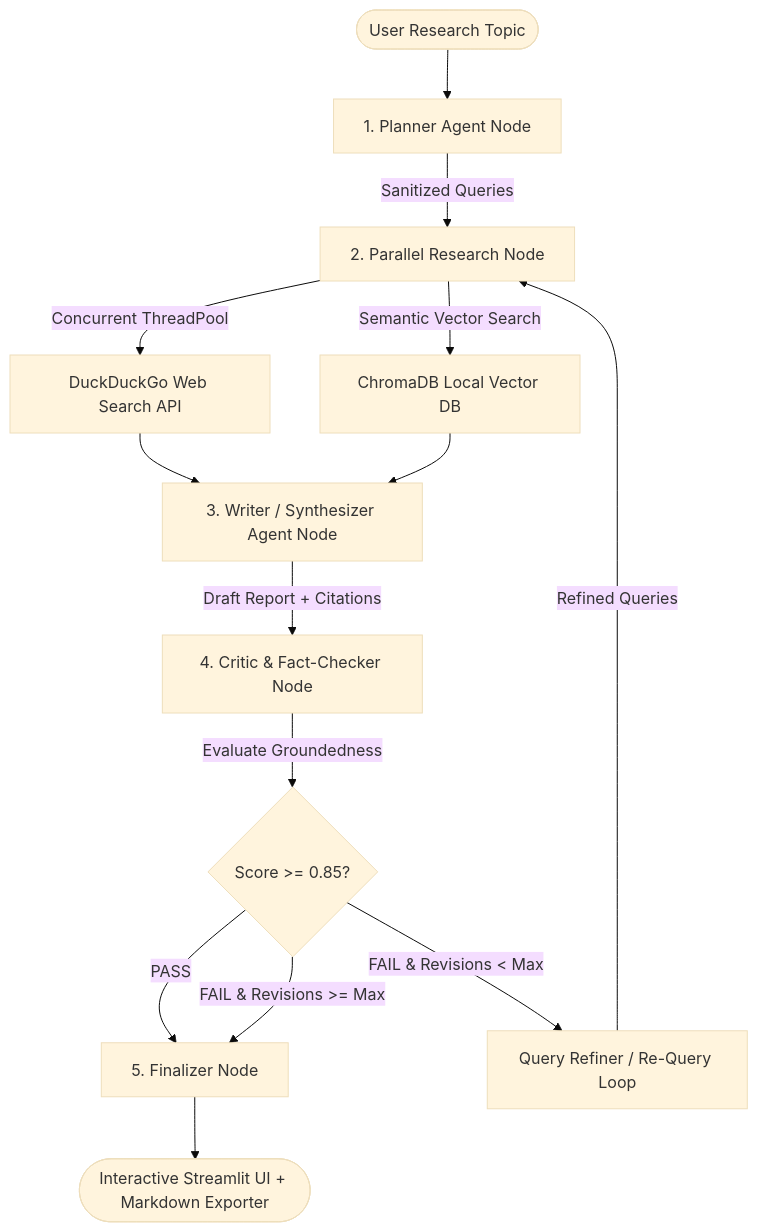
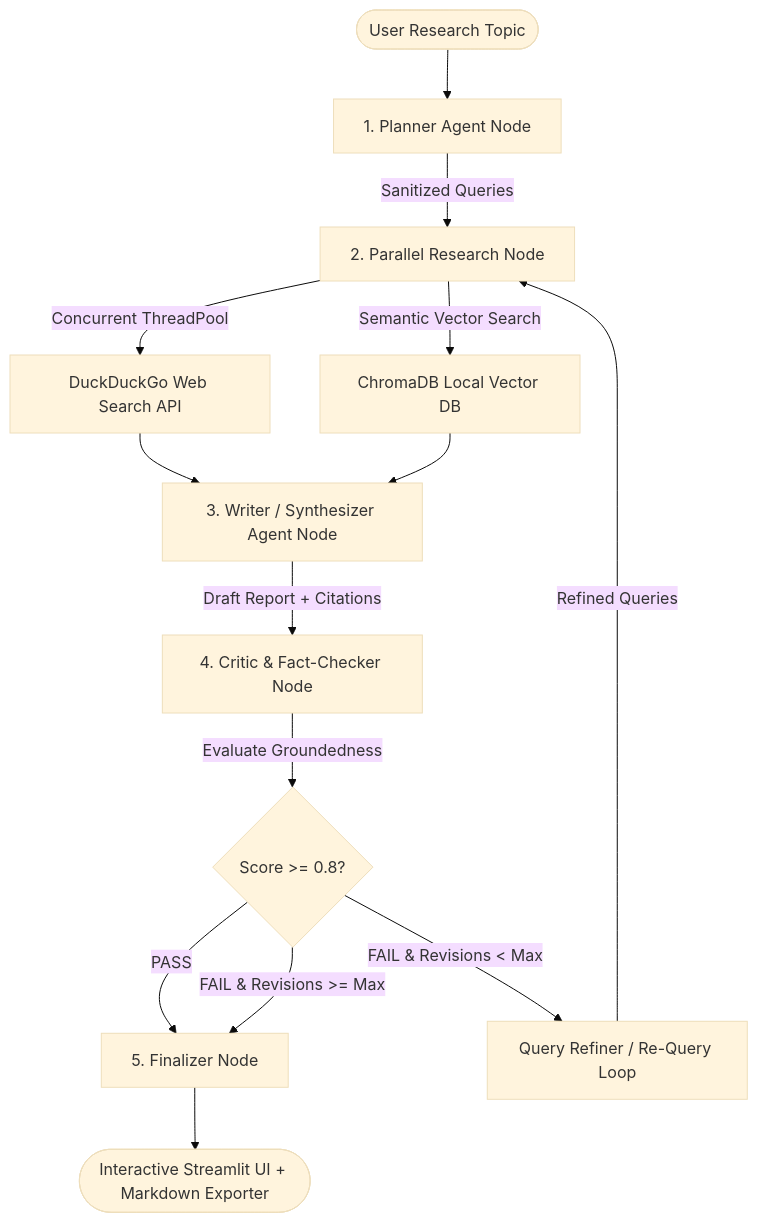
Before and after one commit to Dilshan118/Hands-On-RAG: the diagram in Agentic_Research_Assistant/README.md, drawn with Mermaid (base theme). The commit also changed other lines of this file and 12 other files, not shown here.

Commit message:
docs: replace technical architecture guide with comprehensive beginner to senior agentic learning curriculum

````diff
--- a/Agentic_Research_Assistant/README.md
+++ b/Agentic_Research_Assistant/README.md
@@ -25,22 +35,22 @@
 ```mermaid
 graph TD
     User([User Research Topic]) --> Planner[1. Planner Agent Node]
     Planner -->|Sanitized Queries| Research[2. Parallel Research Node]
-    
+  
     Research -->|Concurrent ThreadPool| DDG[DuckDuckGo Web Search API]
     Research -->|Semantic Vector Search| ChromaDB[ChromaDB Local Vector DB]
-    
+  
     DDG --> Writer[3. Writer / Synthesizer Agent Node]
     ChromaDB --> Writer
-    
+  
     Writer -->|Draft Report + Citations| Critic[4. Critic & Fact-Checker Node]
-    
-    Critic -->|Evaluate Groundedness| Evaluator{Score >= 0.85?}
-    
+  
+    Critic -->|Evaluate Groundedness| Evaluator{Score >= 0.8?}
+  
     Evaluator -->|PASS| Finalizer[5. Finalizer Node]
     Evaluator -->|FAIL & Revisions < Max| Refiner[Query Refiner / Re-Query Loop]
     Refiner -->|Refined Queries| Research
     Evaluator -->|FAIL & Revisions >= Max| Finalizer
-    
+  
     Finalizer --> Output([Interactive Streamlit UI + Markdown Exporter])
 ```
````
